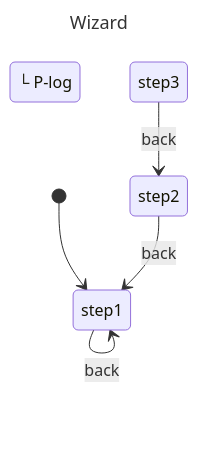
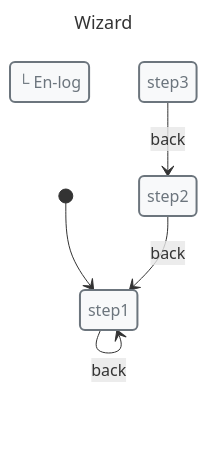
Before and after one commit to Masquerade-Circus/x-robot: the diagram in media/wizard.mmd, drawn with Mermaid. The commit also changed 145 other files, not shown here.

Commit message:
refactor: regenerate docs and mermaid implementation

```diff
--- a/media/wizard.mmd
+++ b/media/wizard.mmd
@@ -1,24 +1,28 @@
 ---
 title: Wizard
 ---
 
 stateDiagram-v2
 
 classDef danger fill:#f8d7da,stroke:#721c24,stroke-width:2px,text-align:left,color:#721c24
 classDef warning fill:#fff3cd,stroke:#856404,stroke-width:2px,text-align:left,color:#856404
 classDef success fill:#d4edda,stroke:#155724,stroke-width:2px,text-align:left,color:#155724
 classDef primary fill:#cce5ff,stroke:#004085,stroke-width:2px,text-align:left,color:#004085
 classDef info fill:#d1ecf1,stroke:#0c5460,stroke-width:2px,text-align:left,color:#0c5460
 classDef def fill:#f8f9fa,stroke:#6c757d,stroke-width:2px,text-align:left,color:#6c757d
 
 state step1
 state step2
 state step3
 state complete
+class step1 def
+class step2 def
+class step3 def
+class complete def
 
-complete: └ P-log
+complete: └ En-log
 
 [*] --> step1
 step1 --> step1: back
 step2 --> step1: back
 step3 --> step2: back
```
